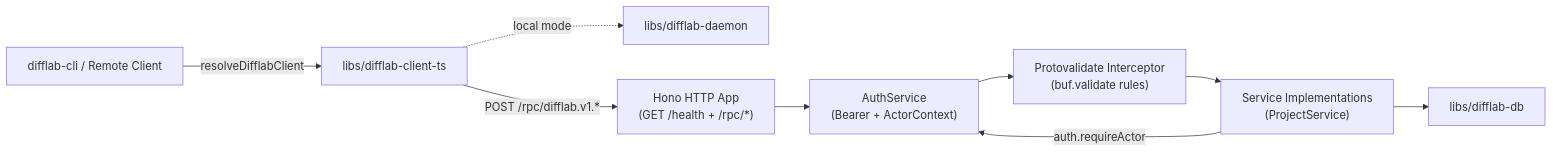
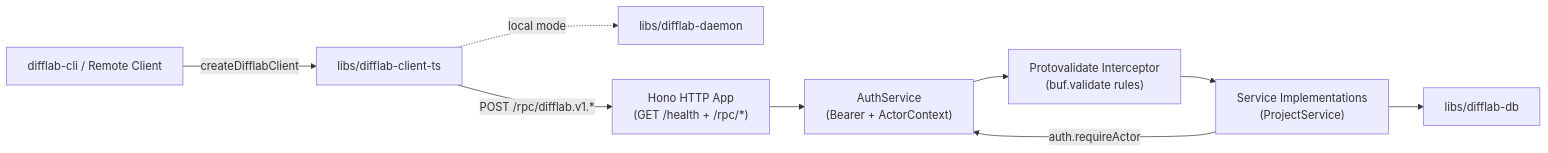
The first of 2 diagrams in docs/architecture/difflab-api/index.md (difflab-io/difflab), drawn with Mermaid before and after one commit. The commit also changed other lines of this file and 61 other files, not shown here.

````diff
--- a/docs/architecture/difflab-api/index.md
+++ b/docs/architecture/difflab-api/index.md
@@ -28,11 +28,11 @@
 ```mermaid
 flowchart LR
-  Caller["difflab-cli / Remote Client"] -->|"resolveDifflabClient"| SDK["libs/difflab-client-ts"]
+  Caller["difflab-cli / Remote Client"] -->|"createDifflabClient"| SDK["libs/difflab-client-ts"]
   SDK -.->|"local mode"| Daemon["libs/difflab-daemon"]
   SDK -->|"POST /rpc/difflab.v1.*"| Hono["Hono HTTP App<br/>(GET /health + /rpc/*)"]
   Hono --> Auth["AuthService<br/>(Bearer + ActorContext)"]
   Auth --> Validate["Protovalidate Interceptor<br/>(buf.validate rules)"]
   Validate --> Handlers["Service Implementations<br/>(ProjectService)"]
   Handlers -->|"auth.requireActor"| Auth
   Handlers --> DB["libs/difflab-db"]
 ```
````
